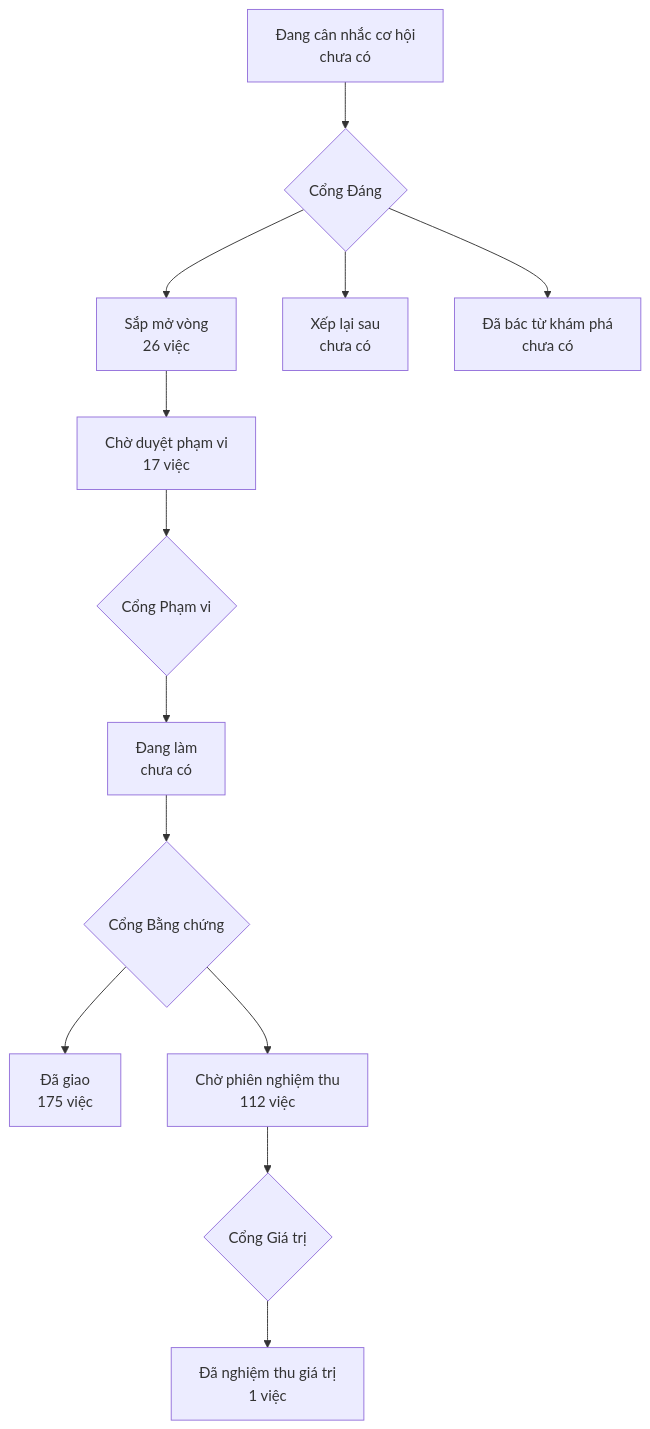
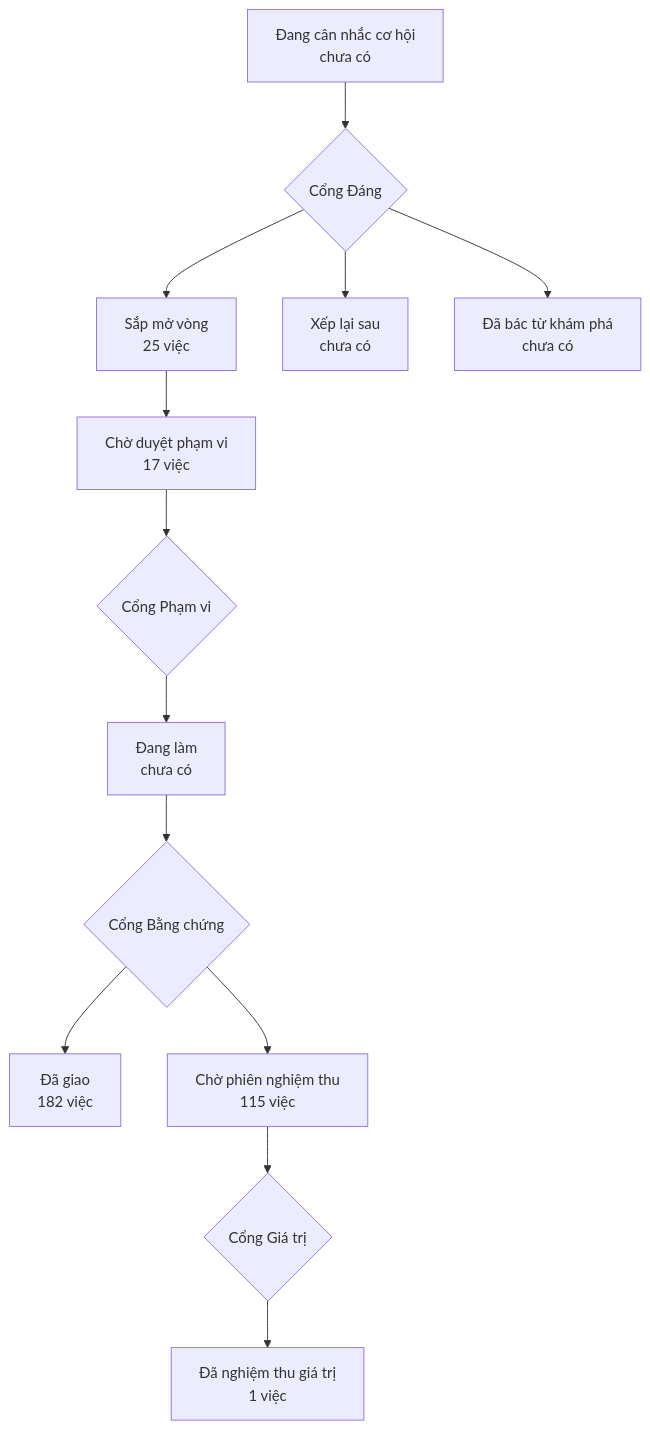
The diagram in PRODUCT-MAP.md (phanlemanh/onehub-invest), drawn with Mermaid before and after one commit. The commit also changed other lines of this file and 1 other file, not shown here.

````diff
--- a/PRODUCT-MAP.md
+++ b/PRODUCT-MAP.md
@@ -7,12 +7,12 @@
 ```mermaid
 flowchart TD
   A["Đang cân nhắc cơ hội<br/>chưa có"] --> GD{"Cổng Đáng"}
-  GD --> B["Sắp mở vòng<br/>26 việc"]
+  GD --> B["Sắp mở vòng<br/>25 việc"]
   GD --> XL["Xếp lại sau<br/>chưa có"]
   GD --> DB["Đã bác từ khám phá<br/>chưa có"]
   B --> CD["Chờ duyệt phạm vi<br/>17 việc"] --> GP{"Cổng Phạm vi"}
   GP --> DL["Đang làm<br/>chưa có"] --> GB{"Cổng Bằng chứng"}
-  GB --> DG["Đã giao<br/>175 việc"]
-  GB --> CN["Chờ phiên nghiệm thu<br/>112 việc"] --> GG{"Cổng Giá trị"}
+  GB --> DG["Đã giao<br/>182 việc"]
+  GB --> CN["Chờ phiên nghiệm thu<br/>115 việc"] --> GG{"Cổng Giá trị"}
   GG --> NT["Đã nghiệm thu giá trị<br/>1 việc"]
 ```
````
